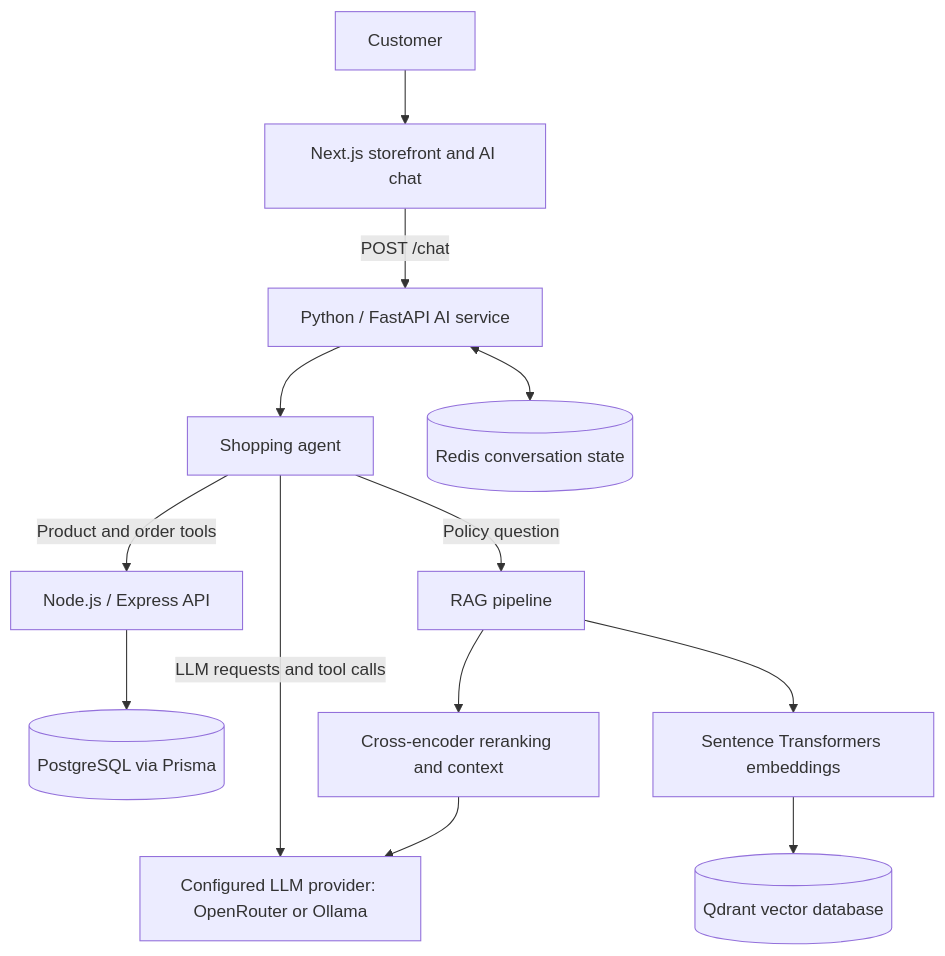
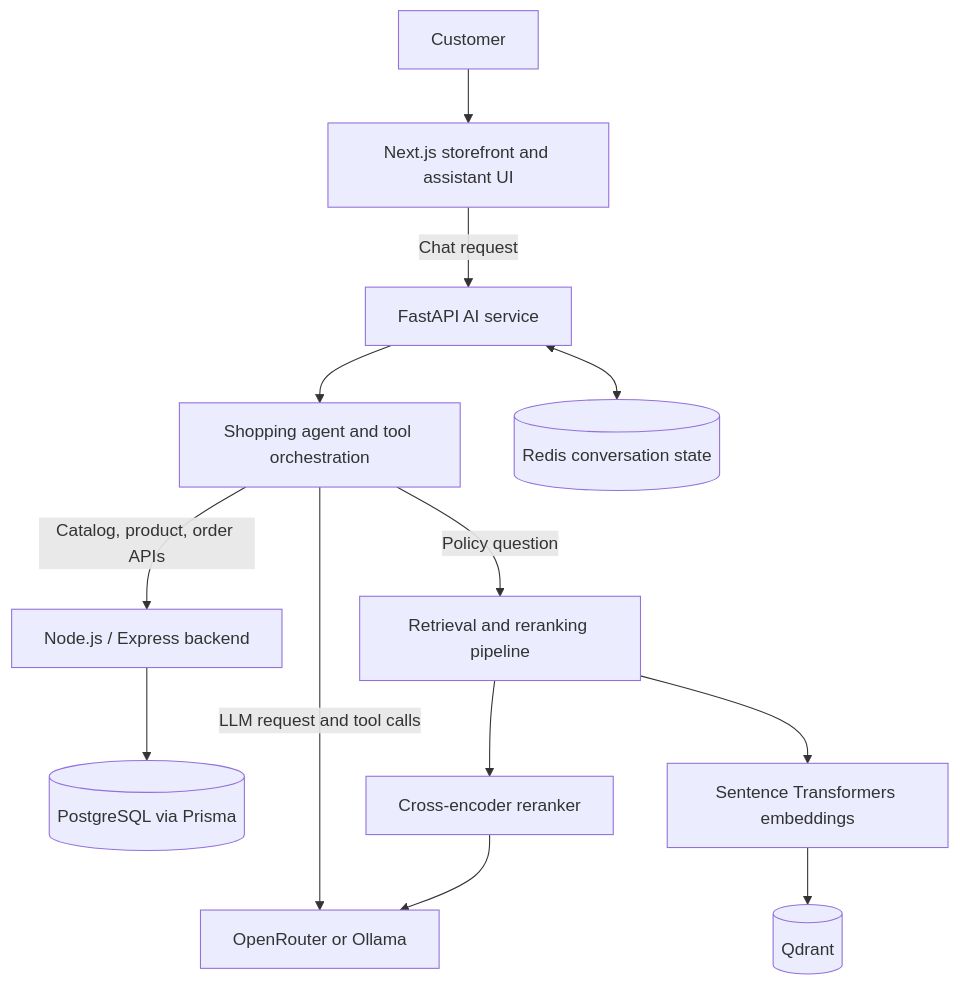
One commit to PreetsGeethub/kkstore changed the diagram in README.md. Above: the diagram before and after it, drawn with Mermaid. The commit also changed other lines of this file and 1 other file, not shown here.

````diff
--- a/README.md
+++ b/README.md
@@ -22,15 +42,15 @@
 ```mermaid
 flowchart TD
-    U[Customer] --> FE[Next.js storefront and AI chat]
-    FE -->|POST /chat| AI[Python / FastAPI AI service]
-    AI --> AG[Shopping agent]
-    AG -->|Product and order tools| BE[Node.js / Express API]
+    C[Customer] --> FE[Next.js storefront and assistant UI]
+    FE -->|Chat request| AI[FastAPI AI service]
+    AI --> AG[Shopping agent and tool orchestration]
+    AG -->|Catalog, product, order APIs| BE[Node.js / Express backend]
     BE --> DB[(PostgreSQL via Prisma)]
-    AG -->|LLM requests and tool calls| LLM[Configured LLM provider: OpenRouter or Ollama]
-    AG -->|Policy question| RAG[RAG pipeline]
+    AG -->|LLM request and tool calls| LLM[OpenRouter or Ollama]
+    AG -->|Policy question| RAG[Retrieval and reranking pipeline]
     RAG --> EMB[Sentence Transformers embeddings]
-    EMB --> Q[(Qdrant vector database)]
-    RAG --> RR[Cross-encoder reranking and context]
+    EMB --> Q[(Qdrant)]
+    RAG --> RR[Cross-encoder reranker]
     RR --> LLM
     AI <--> REDIS[(Redis conversation state)]
 ```
````
